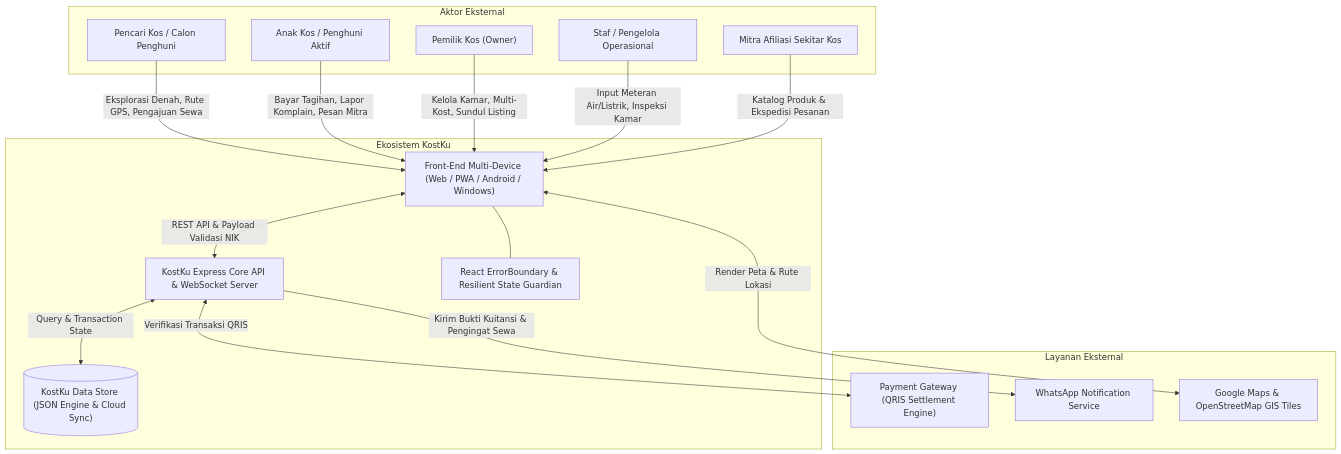
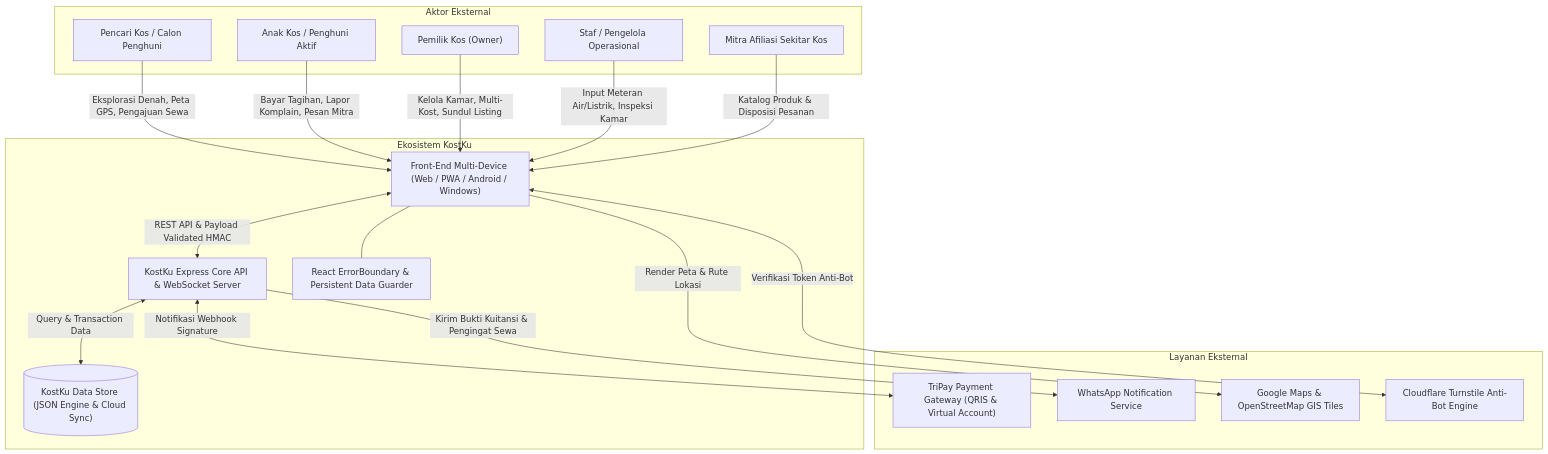
Before and after one commit to renartacayle/kostku: the first of 7 diagrams in docs/SKPL_KostKu.md, drawn with Mermaid. The commit also changed other lines of this file and 191 other files, not shown here.

````diff
--- a/docs/SKPL_KostKu.md
+++ b/docs/SKPL_KostKu.md
@@ -137,36 +159,38 @@
 ```mermaid
 flowchart TD
     subgraph Aktor Eksternal
         PK["Pencari Kos / Calon Penghuni"]
         AK["Anak Kos / Penghuni Aktif"]
         PM["Pemilik Kos (Owner)"]
         ST["Staf / Pengelola Operasional"]
         MT["Mitra Afiliasi Sekitar Kos"]
     end
 
     subgraph Ekosistem KostKu
         FE["Front-End Multi-Device (Web / PWA / Android / Windows)"]
         BE["KostKu Express Core API & WebSocket Server"]
-        DB[("KostKu Data Store (JSON Engine & Cloud Sync)")]
-        EB["React ErrorBoundary & Resilient State Guardian"]
+        EB["React ErrorBoundary & Persistent Data Guarder"]
+        DS[("KostKu Data Store (JSON Engine & Cloud Sync)")]
     end
 
     subgraph Layanan Eksternal
-        PG["Payment Gateway (QRIS Settlement Engine)"]
+        TPG["TriPay Payment Gateway (QRIS & Virtual Account)"]
         WAG["WhatsApp Notification Service"]
-        MAPS["Google Maps & OpenStreetMap GIS Tiles"]
+        GIS["Google Maps & OpenStreetMap GIS Tiles"]
+        CF["Cloudflare Turnstile Anti-Bot Engine"]
     end
 
-    PK -->|Eksplorasi Denah, Rute GPS, Pengajuan Sewa| FE
+    PK -->|Eksplorasi Denah, Peta GPS, Pengajuan Sewa| FE
     AK -->|Bayar Tagihan, Lapor Komplain, Pesan Mitra| FE
     PM -->|Kelola Kamar, Multi-Kost, Sundul Listing| FE
     ST -->|Input Meteran Air/Listrik, Inspeksi Kamar| FE
-    MT -->|Katalog Produk & Ekspedisi Pesanan| FE
+    MT -->|Katalog Produk & Disposisi Pesanan| FE
 
-    FE <-->|REST API & Payload Validasi NIK| BE
+    FE <-->|REST API & Payload Validated HMAC| BE
     FE --- EB
-    BE <-->|Query & Transaction State| DB
-    BE <-->|Verifikasi Transaksi QRIS| PG
+    BE <-->|Query & Transaction Data| DS
+    BE <-->|Notifikasi Webhook Signature| TPG
     BE -->|Kirim Bukti Kuitansi & Pengingat Sewa| WAG
-    FE <-->|Render Peta & Rute Lokasi| MAPS
+    FE -->|Render Peta & Rute Lokasi| GIS
+    FE <-->|Verifikasi Token Anti-Bot| CF
 ```
````
